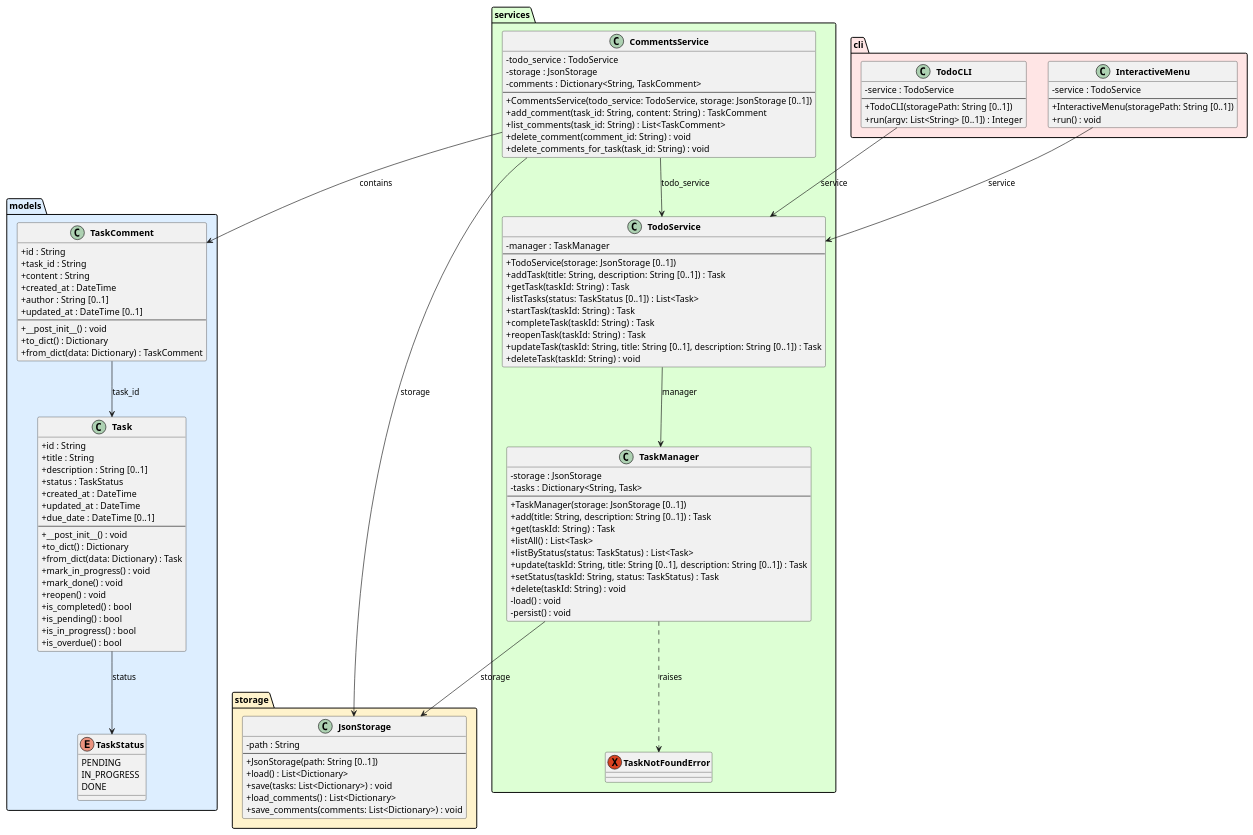
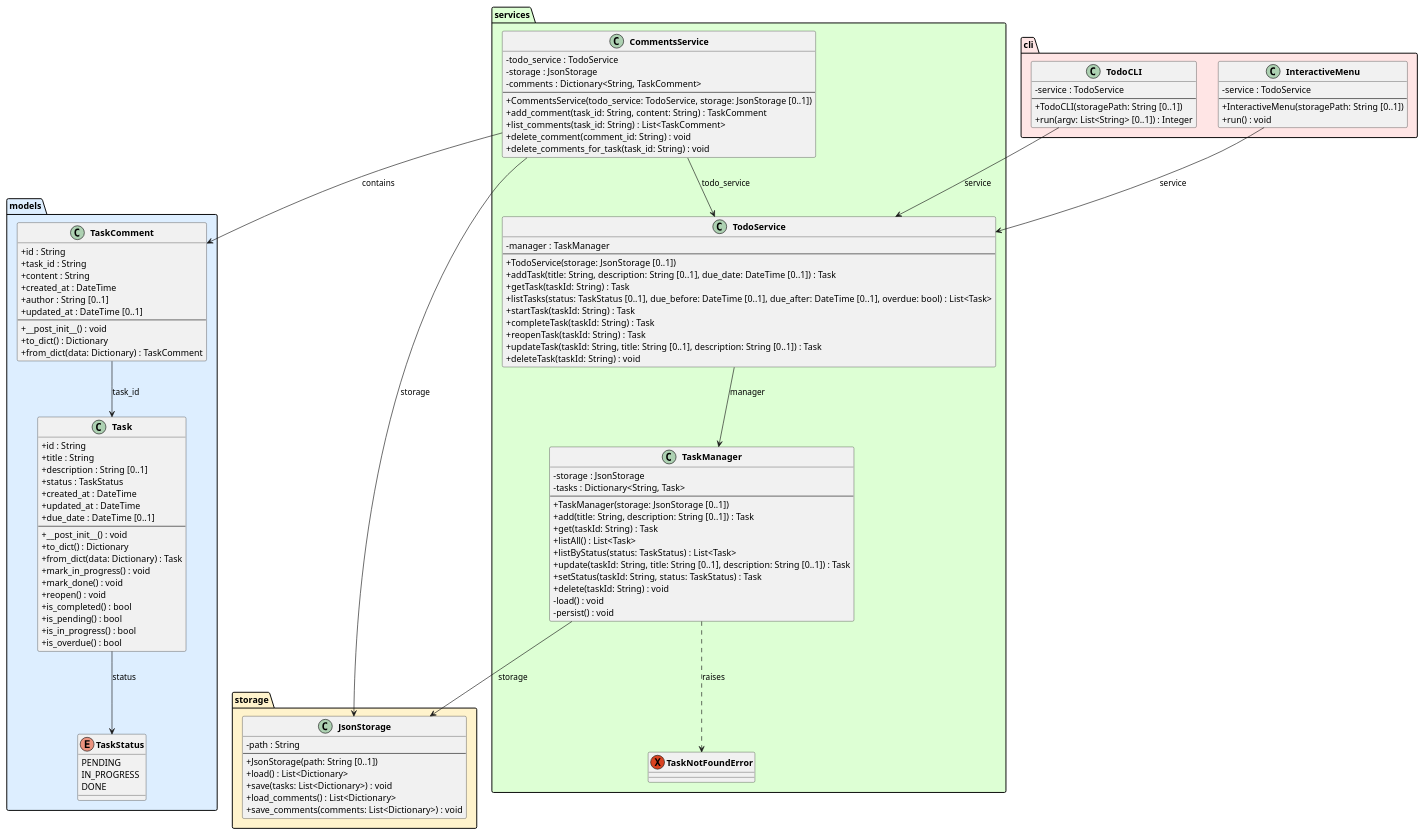
The diagram in experiments/pipeline/test_driven/TODO/artifacts/class_diagram.puml (DanielRiha8906/Software_autoevolution_using_agents), drawn with PlantUML before and after one commit. The commit also changed 7 other files, not shown here.

First line of the commit message:
Task 05: Extend list_tasks with due date filtering

```diff
--- a/experiments/pipeline/test_driven/TODO/artifacts/class_diagram.puml
+++ b/experiments/pipeline/test_driven/TODO/artifacts/class_diagram.puml
@@ -1,133 +1,133 @@
 @startuml class_diagram
 
 skinparam classAttributeIconSize 0
 skinparam classFontStyle bold
 
 package "models" #DDEEFF {
     enum TaskStatus {
         PENDING
         IN_PROGRESS
         DONE
     }
 
     class Task {
         +id : String
         +title : String
         +description : String [0..1]
         +status : TaskStatus
         +created_at : DateTime
         +updated_at : DateTime
         +due_date : DateTime [0..1]
         --
         +__post_init__() : void
         +to_dict() : Dictionary
         +from_dict(data: Dictionary) : Task
         +mark_in_progress() : void
         +mark_done() : void
         +reopen() : void
         +is_completed() : bool
         +is_pending() : bool
         +is_in_progress() : bool
         +is_overdue() : bool
     }
 
     class TaskComment {
         +id : String
         +task_id : String
         +content : String
         +created_at : DateTime
         +author : String [0..1]
         +updated_at : DateTime [0..1]
         --
         +__post_init__() : void
         +to_dict() : Dictionary
         +from_dict(data: Dictionary) : TaskComment
     }
 }
 
 package "storage" #FFF3CC {
     class JsonStorage {
         -path : String
         --
         +JsonStorage(path: String [0..1])
         +load() : List<Dictionary>
         +save(tasks: List<Dictionary>) : void
         +load_comments() : List<Dictionary>
         +save_comments(comments: List<Dictionary>) : void
     }
 }
 
 package "services" #DDFFD4 {
     exception TaskNotFoundError
 
     class TaskManager {
         -storage : JsonStorage
         -tasks : Dictionary<String, Task>
         --
         +TaskManager(storage: JsonStorage [0..1])
         +add(title: String, description: String [0..1]) : Task
         +get(taskId: String) : Task
         +listAll() : List<Task>
         +listByStatus(status: TaskStatus) : List<Task>
         +update(taskId: String, title: String [0..1], description: String [0..1]) : Task
         +setStatus(taskId: String, status: TaskStatus) : Task
         +delete(taskId: String) : void
         -load() : void
         -persist() : void
     }
 
     class TodoService {
         -manager : TaskManager
         --
         +TodoService(storage: JsonStorage [0..1])
-        +addTask(title: String, description: String [0..1]) : Task
+        +addTask(title: String, description: String [0..1], due_date: DateTime [0..1]) : Task
         +getTask(taskId: String) : Task
-        +listTasks(status: TaskStatus [0..1]) : List<Task>
+        +listTasks(status: TaskStatus [0..1], due_before: DateTime [0..1], due_after: DateTime [0..1], overdue: bool) : List<Task>
         +startTask(taskId: String) : Task
         +completeTask(taskId: String) : Task
         +reopenTask(taskId: String) : Task
         +updateTask(taskId: String, title: String [0..1], description: String [0..1]) : Task
         +deleteTask(taskId: String) : void
     }
 
     class CommentsService {
         -todo_service : TodoService
         -storage : JsonStorage
         -comments : Dictionary<String, TaskComment>
         --
         +CommentsService(todo_service: TodoService, storage: JsonStorage [0..1])
         +add_comment(task_id: String, content: String) : TaskComment
         +list_comments(task_id: String) : List<TaskComment>
         +delete_comment(comment_id: String) : void
         +delete_comments_for_task(task_id: String) : void
     }
 }
 
 package "cli" #FFE5E5 {
     class TodoCLI {
         -service : TodoService
         --
         +TodoCLI(storagePath: String [0..1])
         +run(argv: List<String> [0..1]) : Integer
     }
 
     class InteractiveMenu {
         -service : TodoService
         --
         +InteractiveMenu(storagePath: String [0..1])
         +run() : void
     }
 }
 
 Task --> TaskStatus : status
 TaskComment --> Task : task_id
 TaskManager --> JsonStorage : storage
 TaskManager ..> TaskNotFoundError : raises
 TodoService --> TaskManager : manager
 CommentsService --> TodoService : todo_service
 CommentsService --> JsonStorage : storage
 CommentsService --> TaskComment : contains
 TodoCLI --> TodoService : service
 InteractiveMenu --> TodoService : service
 
 @enduml
```
